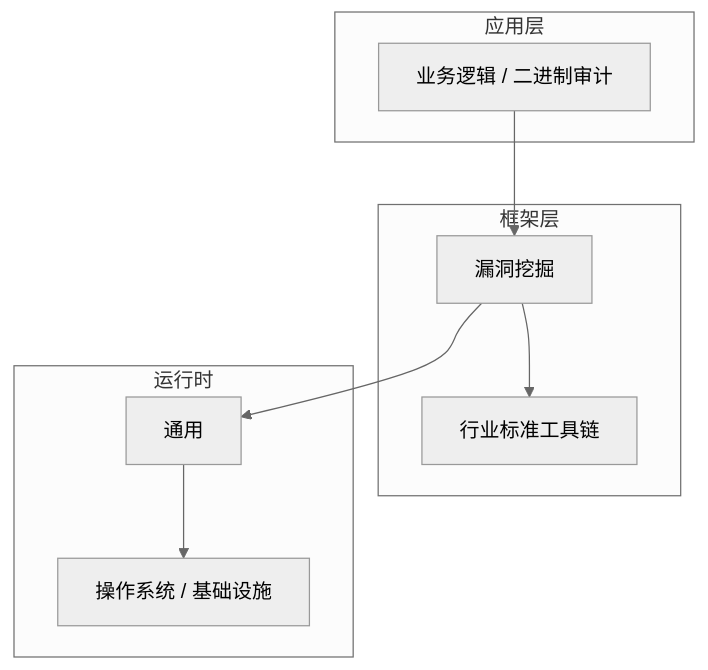
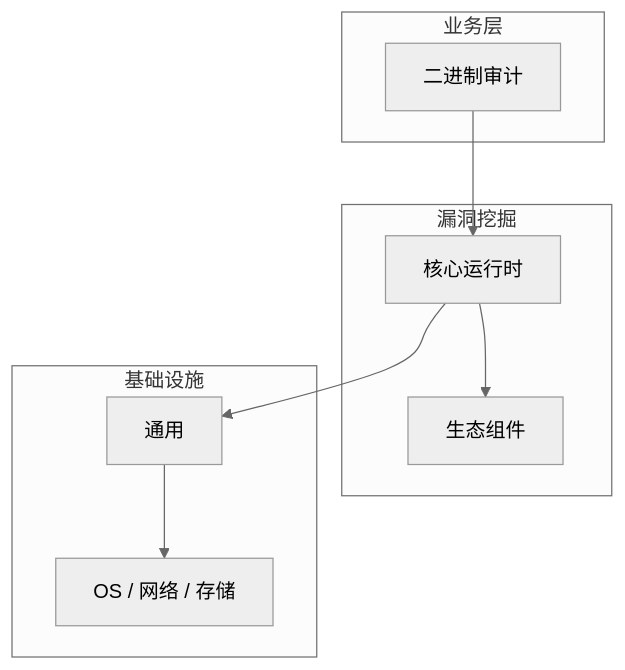
The diagram in articles/漏洞挖掘/chapters/031-二进制审计核心概念与原理.md (yanggan2015/knowledge-json-v2), drawn with Mermaid (neutral theme) before and after one commit. The commit also changed other lines of this file and 10127 other files, not shown here.

````diff
--- a/articles/漏洞挖掘/chapters/031-二进制审计核心概念与原理.md
+++ b/articles/漏洞挖掘/chapters/031-二进制审计核心概念与原理.md
@@ -46,18 +31,18 @@
 ```mermaid
 graph TB
-    subgraph 应用层
-        A[业务逻辑 / 二进制审计]
+    subgraph 业务层
+        A[二进制审计]
     end
-    subgraph 框架层
-        B[漏洞挖掘]
-        C[行业标准工具链]
+    subgraph 漏洞挖掘
+        B[核心运行时]
+        C[生态组件]
     end
-    subgraph 运行时
+    subgraph 基础设施
         D[通用]
-        E[操作系统 / 基础设施]
+        E[OS / 网络 / 存储]
     end
     A --> B
     B --> C
     B --> D
     D --> E
 ```
````
